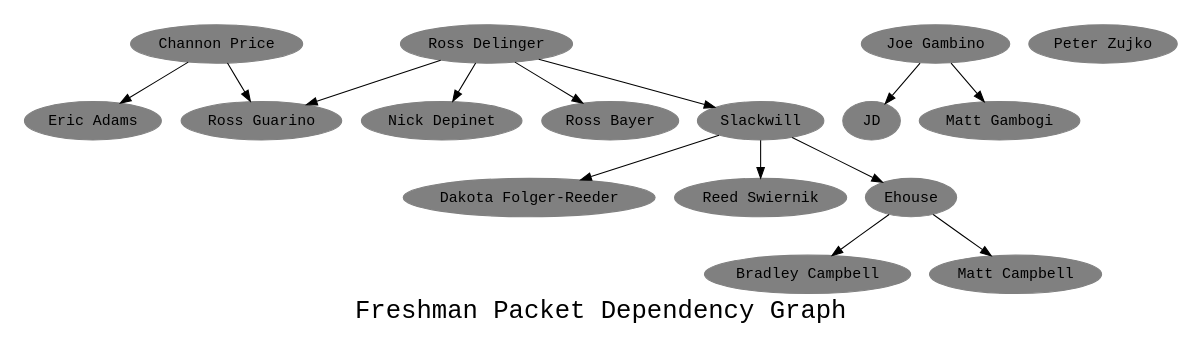
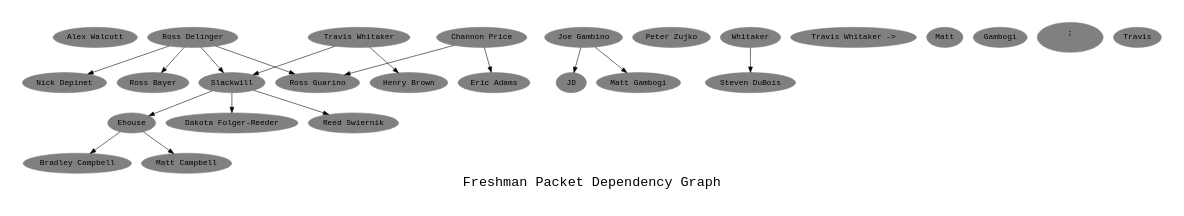
Before and after one commit to robgssp/CSHDigraph: the diagram in dep.gv, drawn with Graphviz.

Commit message:
Add Travis Whitaker, Henry Brown, Steven DuBois. Fix shitty formatting.

```diff
--- a/dep.gv
+++ b/dep.gv
@@ -1,41 +1,49 @@
 digraph "Packet Dependencies" {
 	graph [ fontname = "Monospace",
-	      	fontsize = 24,
+		fontsize = 24,
 		label = "Freshman Packet Dependency Graph",
 		size = "6,6" ];
 	node [	shape = oval,
-	     	color = grey,
+		color = grey,
 		style = filled,
 		fontname = "Monospace" ];
 
+	"Alex Walcutt";
+	"Bradley Campbell";
 	"Channon Price";
 	"Dakota Folger-Reeder";
+	"Ehouse";
 	"Eric Adams";
+	"Henry Brown";
 	"JD";
 	"Joe Gambino";
+	"Matt Campbell";
+	"Matt Gambogi";
 	"Nick Depinet";
-	"Matt Gambogi";
 	"Peter Zujko";
 	"Reed Swiernik";
 	"Ross Bayer";
 	"Ross Delinger";
 	"Ross Guarino";
 	"Slackwill";
-        "Ehouse";
-        "Bradley Campbell";
-        "Matt Campbell";
+	"Steven DuBois"
+	"Travis Whitaker";
 
 	"Channon Price" -> "Eric Adams";
 	"Channon Price" -> "Ross Guarino";
+	"Ehouse" -> "Bradley Campbell";
+	"Ehouse" -> "Matt Campbell";
 	"Joe Gambino" -> "JD";
 	"Joe Gambino" -> "Matt Gambogi";
+	"Ross Delinger" -> "Nick Depinet";
+	"Ross Delinger" -> "Ross Bayer";
+	"Ross Delinger" -> "Ross Guarino";
 	"Ross Delinger" -> "Slackwill";
-	"Ross Delinger" -> "Nick Depinet";
-	"Ross Delinger" -> "Ross Guarino";
-	"Ross Delinger" -> "Ross Bayer";
+	"Slackwill" -> "Dakota Folger-Reeder";
+	"Slackwill" -> "Ehouse";
 	"Slackwill" -> "Reed Swiernik";
-	"Slackwill" -> "Ehouse";
-	"Slackwill" -> "Dakota Folger-Reeder";
-        "Ehouse" -> "Bradley Campbell";
-        "Ehouse" -> "Matt Campbell";
+	"Travis Whitaker -> "Matt Gambogi";
+	"Travis Whitaker -> "Steven DuBois";
+	"Travis Whitaker" -> "Henry Brown";
+	"Travis Whitaker" -> "Slackwill";
 }
```
